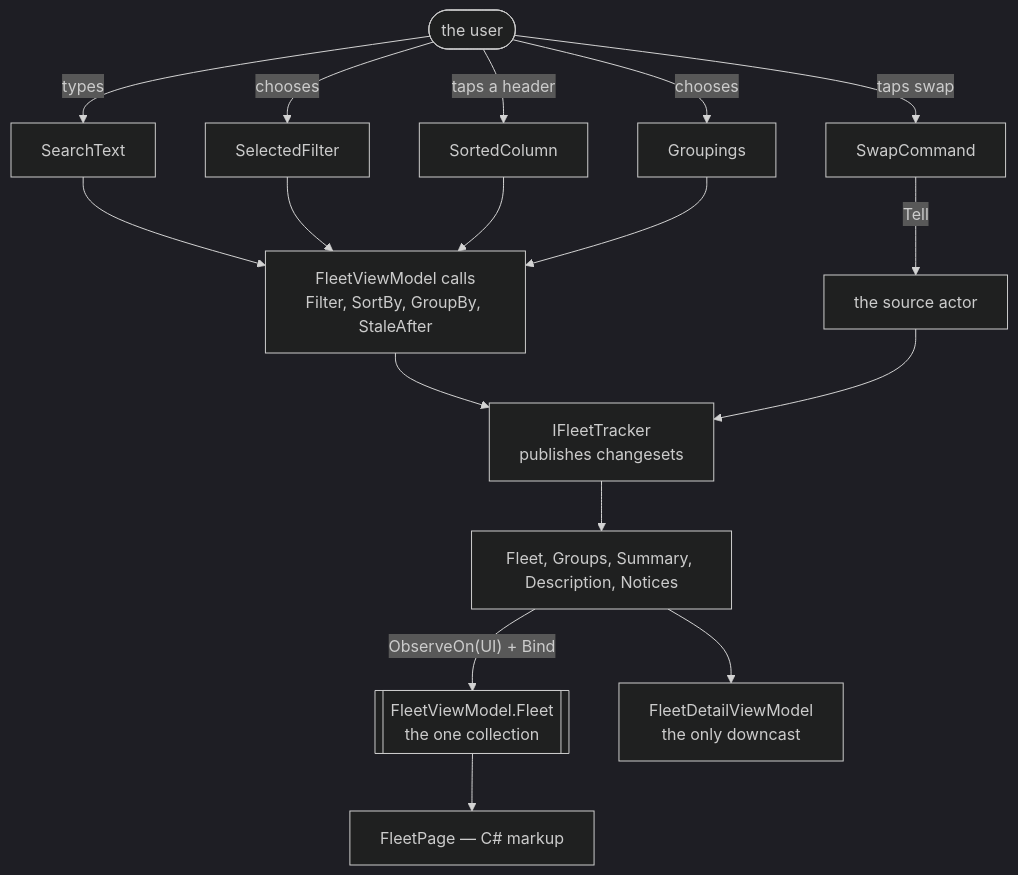
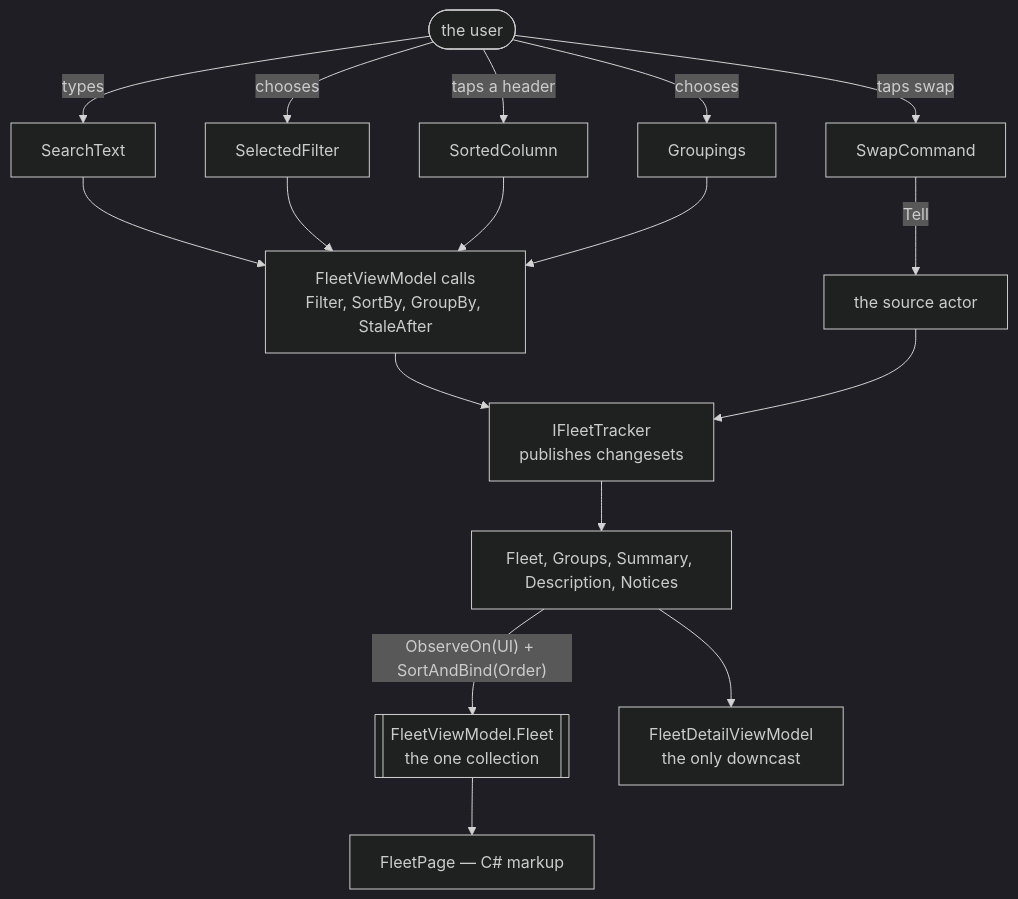
One commit to RLittlesII/Transporter changed the first of 3 diagrams in features/fleet-dashboard/.spec/README.md. Above: the diagram before and after it, drawn with Mermaid (dark theme). The commit also changed other lines of this file and 28 other files, not shown here.

````diff
--- a/features/fleet-dashboard/.spec/README.md
+++ b/features/fleet-dashboard/.spec/README.md
@@ -195,20 +200,20 @@
 ```mermaid
 flowchart TD
     user([the user])
     user -->|types| search["SearchText"]
     user -->|chooses| filter["SelectedFilter"]
     user -->|taps a header| sortedColumn["SortedColumn"]
     user -->|chooses| grouping["Groupings"]
     user -->|taps swap| command["SwapCommand"]
     search --> query
     filter --> query
     sortedColumn --> query
     grouping --> query
     query["FleetViewModel calls<br/>Filter, SortBy, GroupBy, StaleAfter"] --> tracker
     command -->|Tell| actor["the source actor"]
     actor --> tracker
     tracker["IFleetTracker<br/>publishes changesets"] --> streams["Fleet, Groups, Summary, Description, Notices"]
-    streams -->|"ObserveOn(UI) + Bind"| bound[["FleetViewModel.Fleet<br/>the one collection"]]
+    streams -->|"ObserveOn(UI) + SortAndBind(Order)"| bound[["FleetViewModel.Fleet<br/>the one collection"]]
     bound --> page["FleetPage — C# markup"]
     streams --> detail["FleetDetailViewModel<br/>the only downcast"]
 ```
````
